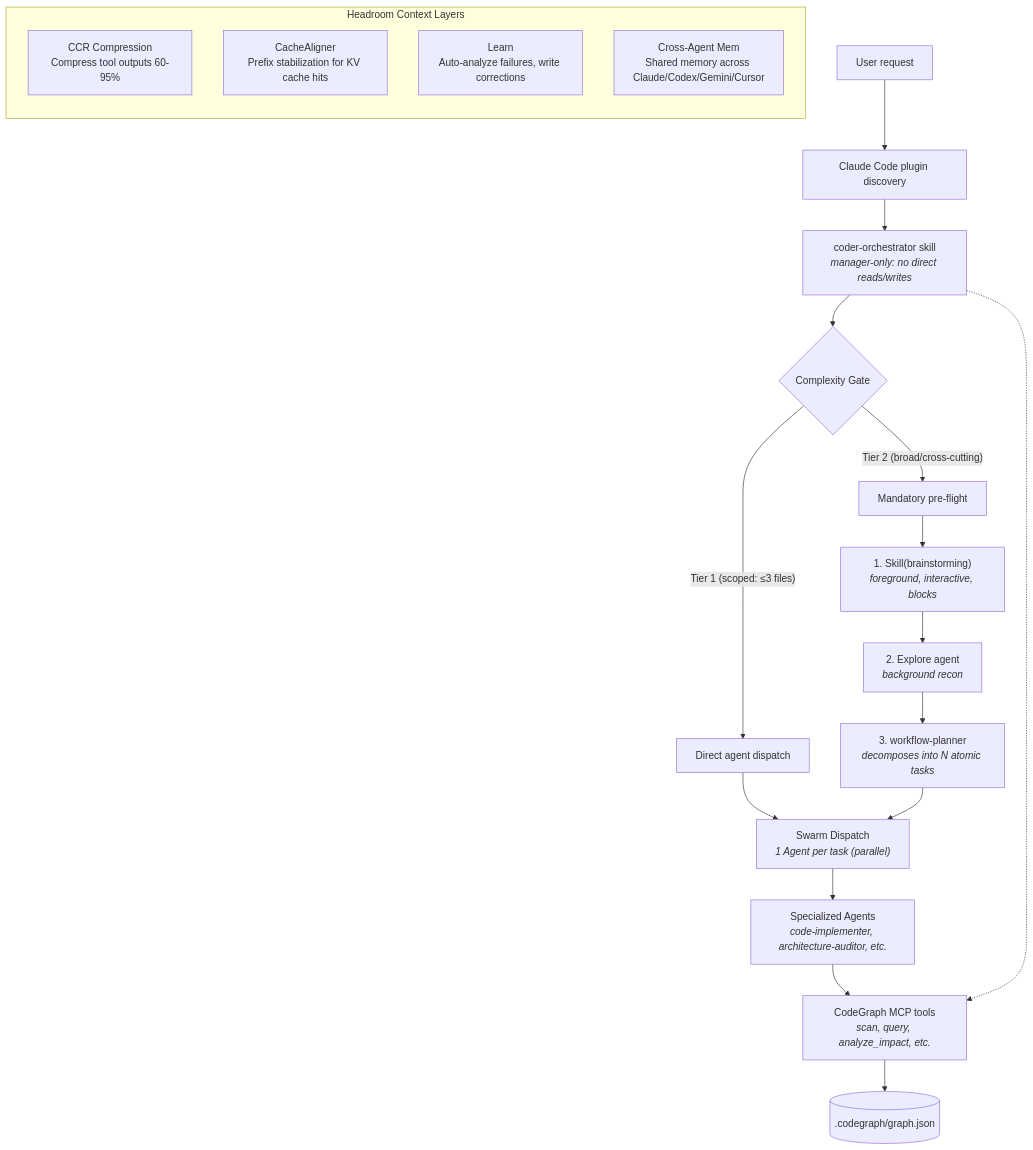
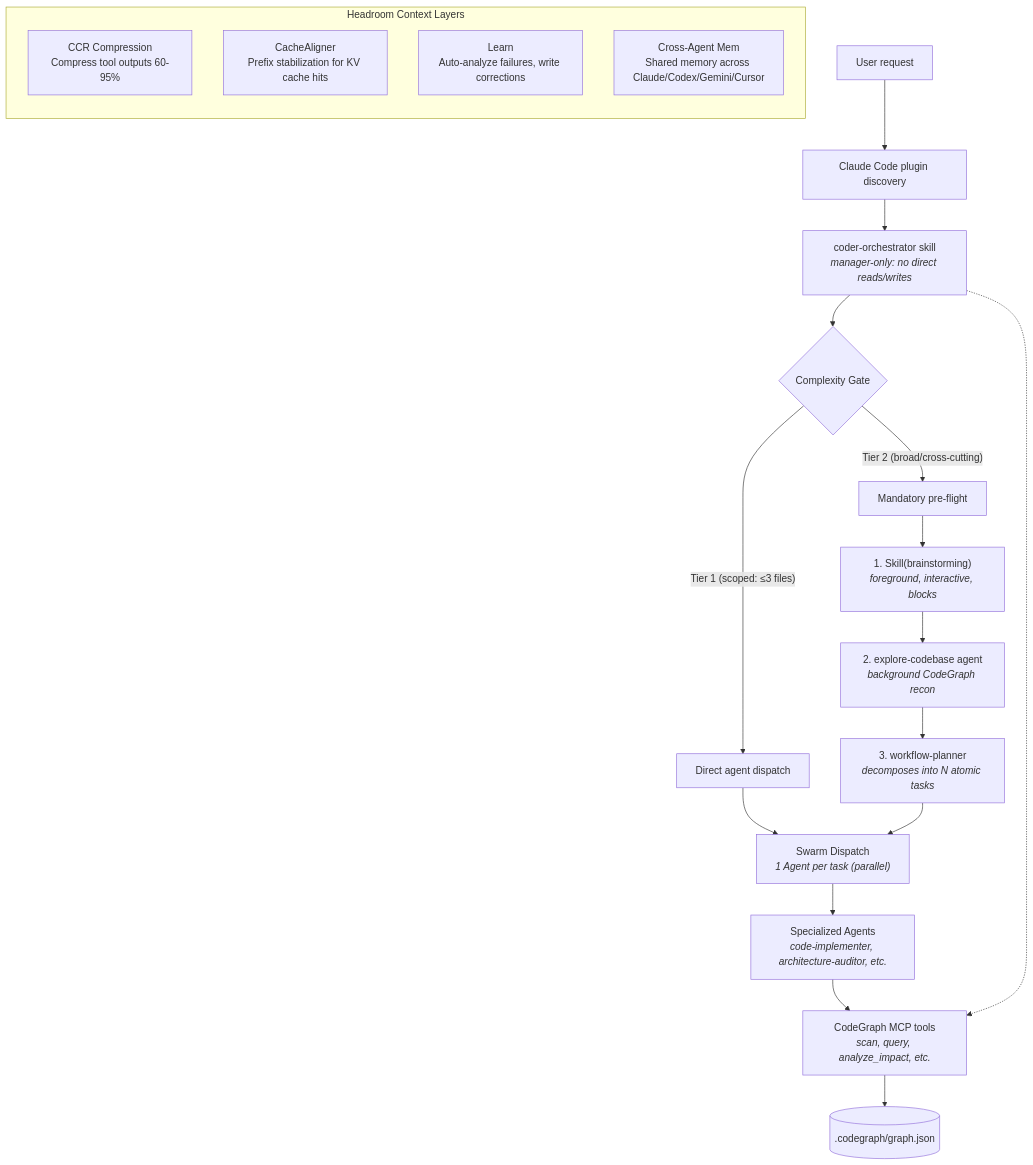
Before and after one commit to MythEclipse/coder-workflow: the diagram in README.md, drawn with Mermaid. The commit also changed other lines of this file and 36 other files, not shown here.

First line of the commit message:
feat(search): add multi-pattern batch searching and replace Explore agent

````diff
--- a/README.md
+++ b/README.md
@@ -27,32 +27,32 @@
 ```mermaid
 graph TD
     User["User request"] --> Plugin["Claude Code plugin discovery"]
     Plugin --> Orch["coder-orchestrator skill<br/><i>manager-only: no direct reads/writes</i>"]
     
     Orch --> Gate{"Complexity Gate"}
     
     Gate -->|"Tier 1 (scoped: ≤3 files)"| DirectDispatch["Direct agent dispatch"]
     Gate -->|"Tier 2 (broad/cross-cutting)"| Preflight["Mandatory pre-flight"]
     
     Preflight --> Step1["1. Skill(brainstorming)<br/><i>foreground, interactive, blocks</i>"]
-    Step1 --> Step2["2. Explore agent<br/><i>background recon</i>"]
+    Step1 --> Step2["2. explore-codebase agent<br/><i>background CodeGraph recon</i>"]
     Step2 --> Step3["3. workflow-planner<br/><i>decomposes into N atomic tasks</i>"]
     
     DirectDispatch --> Swarm["Swarm Dispatch<br/><i>1 Agent per task (parallel)</i>"]
     Step3 --> Swarm
     
     Swarm --> Agents["Specialized Agents<br/><i>code-implementer, architecture-auditor, etc.</i>"]
     
     Agents --> MCP["CodeGraph MCP tools<br/><i>scan, query, analyze_impact, etc.</i>"]
     Orch -.-> MCP
     
     MCP --> FILE[(".codegraph/graph.json")]
 
     subgraph Headroom ["Headroom Context Layers"]
         direction TB
         CCR["CCR Compression<br/>Compress tool outputs 60-95%"]
         Cache["CacheAligner<br/>Prefix stabilization for KV cache hits"]
         Learn["Learn<br/>Auto-analyze failures, write corrections"]
         Mem["Cross-Agent Mem<br/>Shared memory across Claude/Codex/Gemini/Cursor"]
     end
 ```
````
